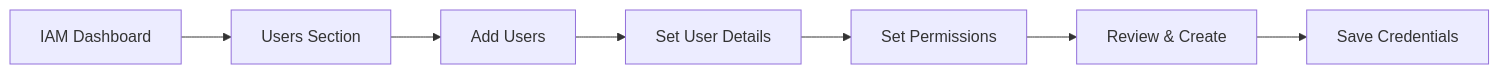
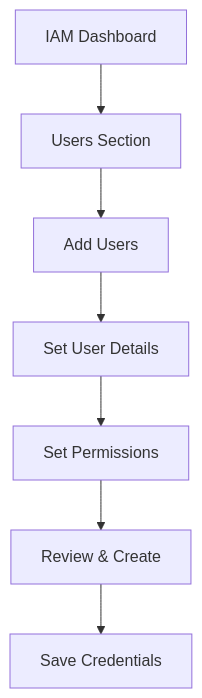
One commit to sujith-eag/sujith-library changed the third of 4 diagrams in docs/dev-cloud/cloud_lab/1_account_IAM/lab_2.md. Above: the diagram before and after it, drawn with Mermaid. The commit also changed other lines of this file and 15 other files, not shown here.

````diff
--- a/docs/dev-cloud/cloud_lab/1_account_IAM/lab_2.md
+++ b/docs/dev-cloud/cloud_lab/1_account_IAM/lab_2.md
@@ -97,9 +114,9 @@
 ```mermaid
-flowchart LR
+flowchart TD
     IAM[IAM Dashboard] --> Users[Users Section]
     Users --> Add[Add Users]
     Add --> Details[Set User Details]
     Details --> Perms[Set Permissions]
     Perms --> Review[Review & Create]
     Review --> Creds[Save Credentials]
 ```
````
